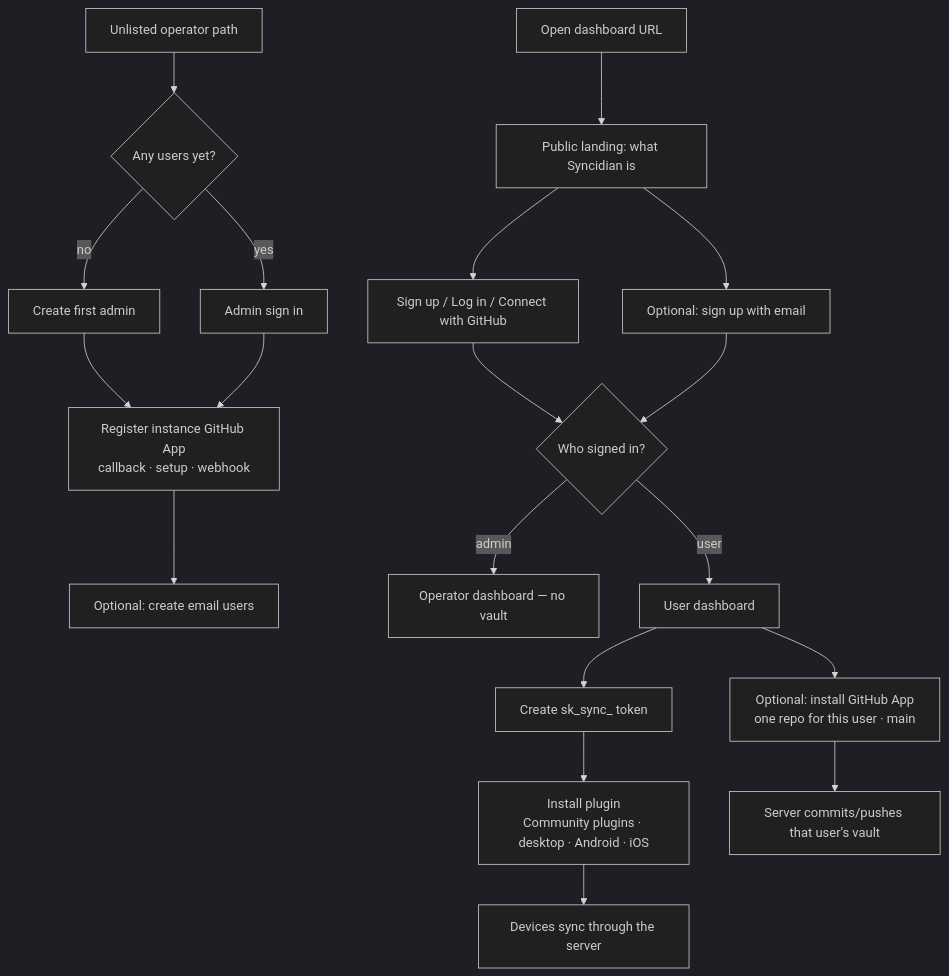
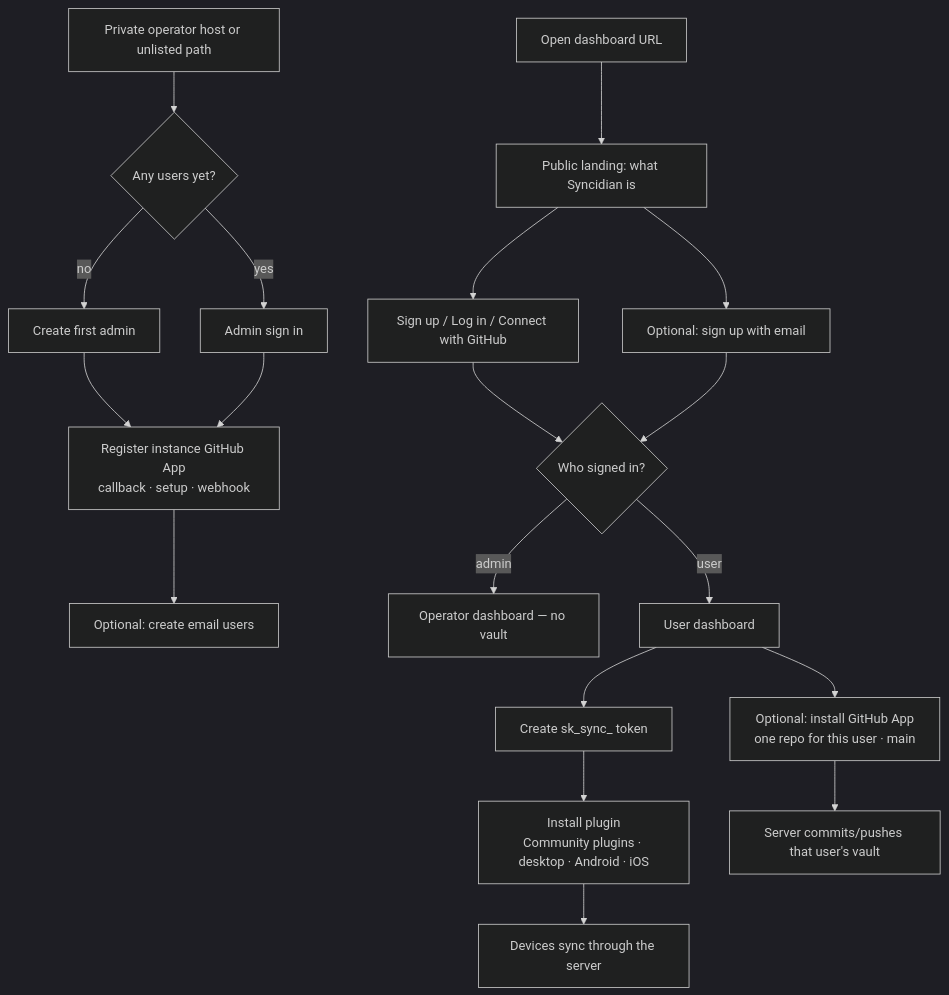
The second of 7 diagrams in README.md (shangeethsivan/Syncidian), drawn with Mermaid (dark theme) before and after one commit. The commit also changed other lines of this file and 19 other files, not shown here.

````diff
--- a/README.md
+++ b/README.md
@@ -235,22 +237,22 @@
 ```mermaid
 flowchart TD
   Open["Open dashboard URL"] --> Land["Public landing: what Syncidian is"]
   Land --> GHSign["Sign up / Log in / Connect with GitHub"]
   Land --> Email["Optional: sign up with email"]
-  Ops["Unlisted operator path"] --> First{"Any users yet?"}
+  Ops["Private operator host or unlisted path"] --> First{"Any users yet?"}
   First -->|no| Admin["Create first admin"]
   First -->|yes| AdminLogin["Admin sign in"]
   Admin --> App["Register instance GitHub App<br/>callback · setup · webhook"]
   AdminLogin --> App
   App --> Users["Optional: create email users"]
 
   GHSign --> Role{"Who signed in?"}
   Email --> Role
   Role -->|admin| AdminHome["Operator dashboard — no vault"]
   Role -->|user| UserHome["User dashboard"]
   UserHome --> Repo["Optional: install GitHub App<br/>one repo for this user · main"]
   UserHome --> Tok["Create sk_sync_ token"]
   Tok --> Plug["Install plugin<br/>Community plugins · desktop · Android · iOS"]
   Plug --> Sync["Devices sync through the server"]
   Repo --> Backup["Server commits/pushes that user's vault"]
 ```
````
